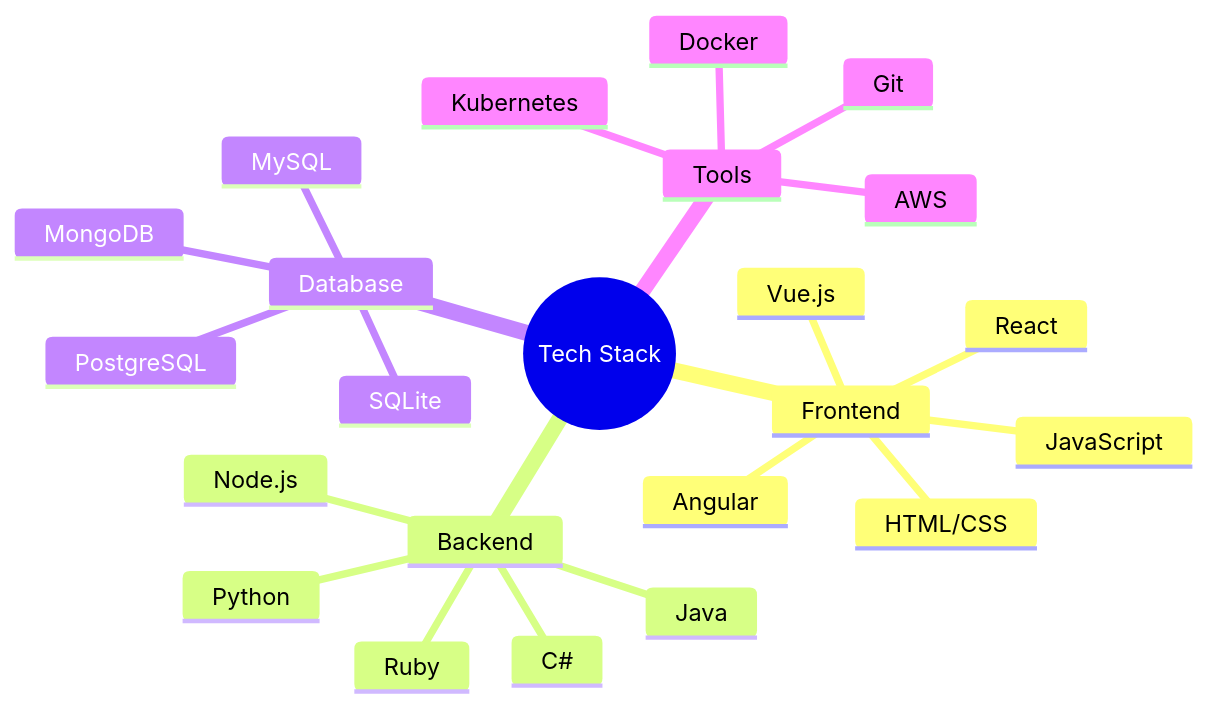
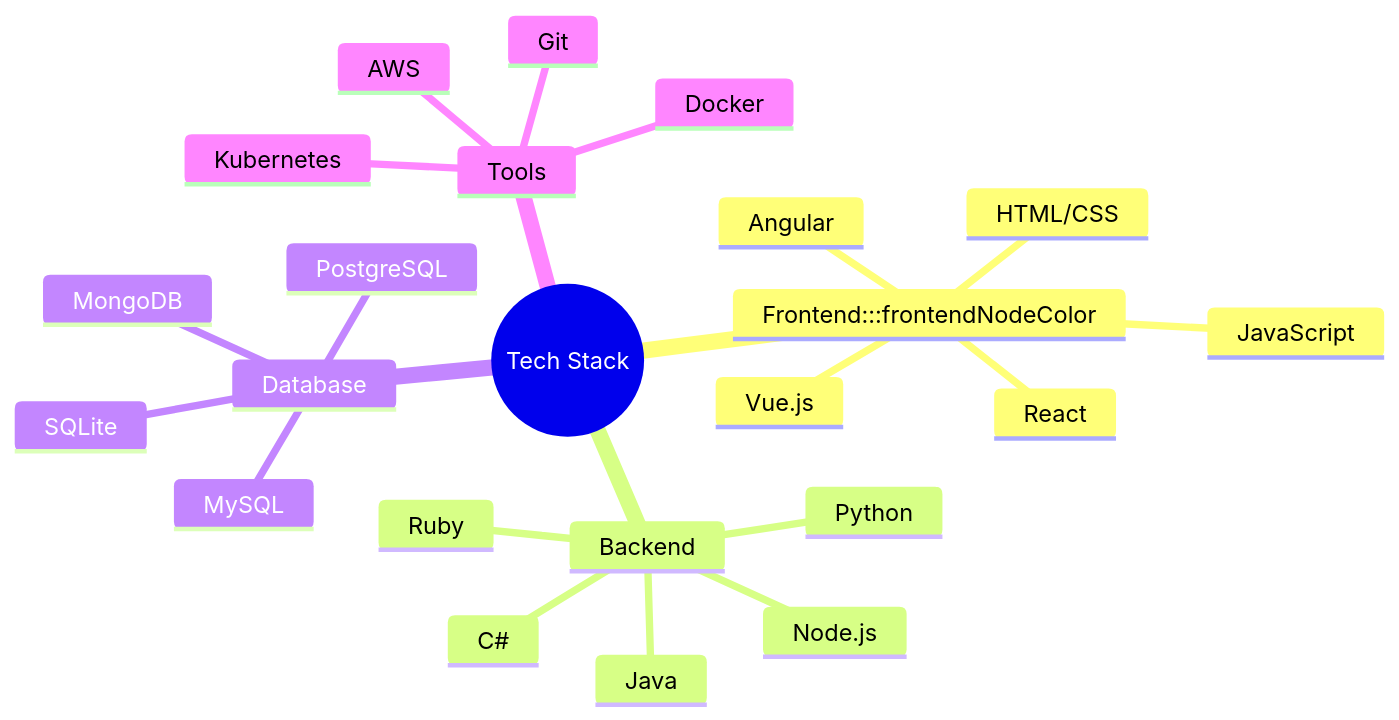
Before and after one commit to udithanayanajith/udithanayanajith: the first of 3 diagrams in README.md, drawn with Mermaid.

````diff
--- a/README.md
+++ b/README.md
@@ -12,45 +12,44 @@
 ```mermaid
 %%{init: {'theme': 'base', 'themeVariables': { 
   'fontSize': '16px', 
   'primaryColor': '#2196F3', 
   'secondaryColor': '#FFEB3B', 
   'tertiaryColor': '#FF5722', 
   'edgeLabelBackground': '#ffffff', 
   'primaryTextColor': '#FFFFFF', 
   'secondaryTextColor': '#000000', 
   'tertiaryTextColor': '#FFFFFF', 
   'nodeBorder': '2px solid #FFEB3B', 
   'nodeTextColor': '#FFFFFF', 
   'linkColor': '#4CAF50',
-  'nodeShape': 'circle',  %% Adding a shape for Frontend nodes
-  'backendNodeShape': 'rect', %% Adding a different shape for Backend nodes
-  'backgroundColor': '#F5F5F5' %% Changing the background to light gray
+  'nodeShape': 'circle',  %% Frontend nodes are circles
+  'backendNodeShape': 'rect', %% Backend nodes are rectangles
+  'backgroundColor': '#F5F5F5', %% Light gray background
+  'frontendNodeColor': '#A5D6A7', %% Light green color for Frontend node
 }}}%%
 mindmap
   root((Tech Stack))
-    Frontend
+    Frontend:::frontendNodeColor
       HTML/CSS
       JavaScript
       React
       Angular
       Vue.js
     Backend
       Node.js
       Python
       Java
       C#
       Ruby
     Database
       MongoDB
       MySQL
       PostgreSQL
       SQLite
     Tools
       Git
       Docker
       AWS
       Kubernetes
 
-
-
 ```
````
